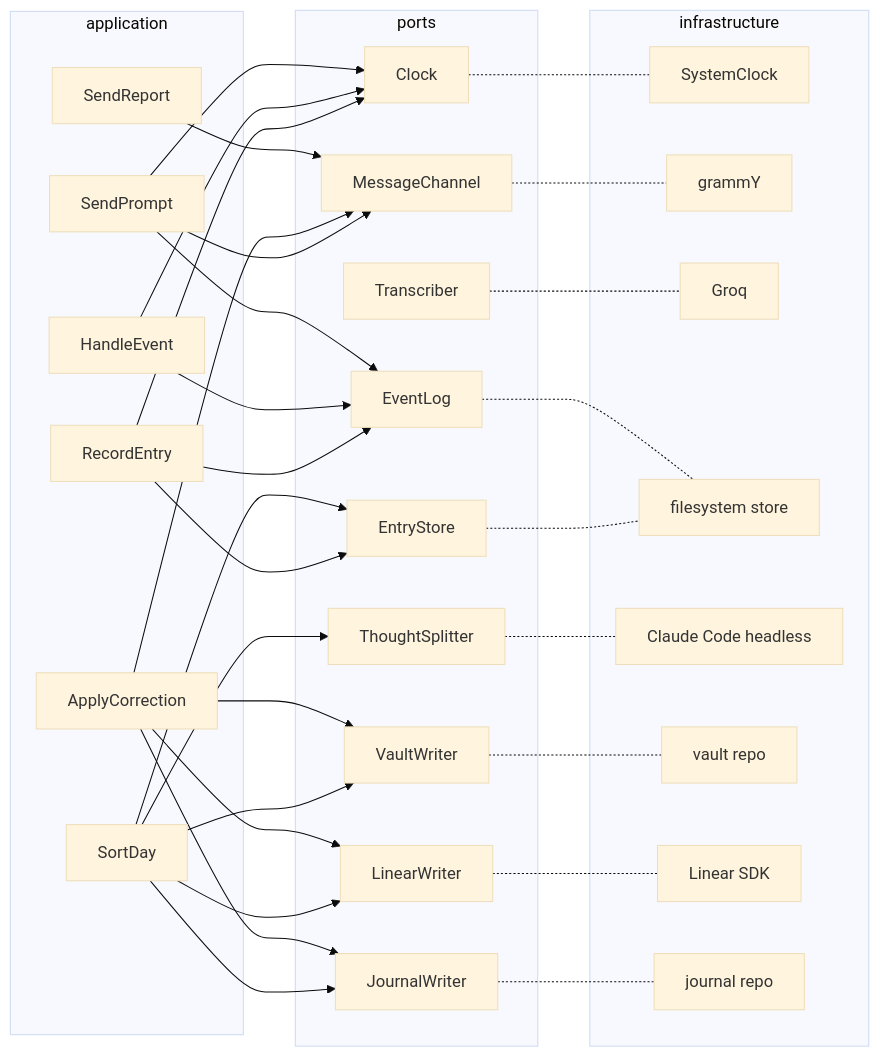
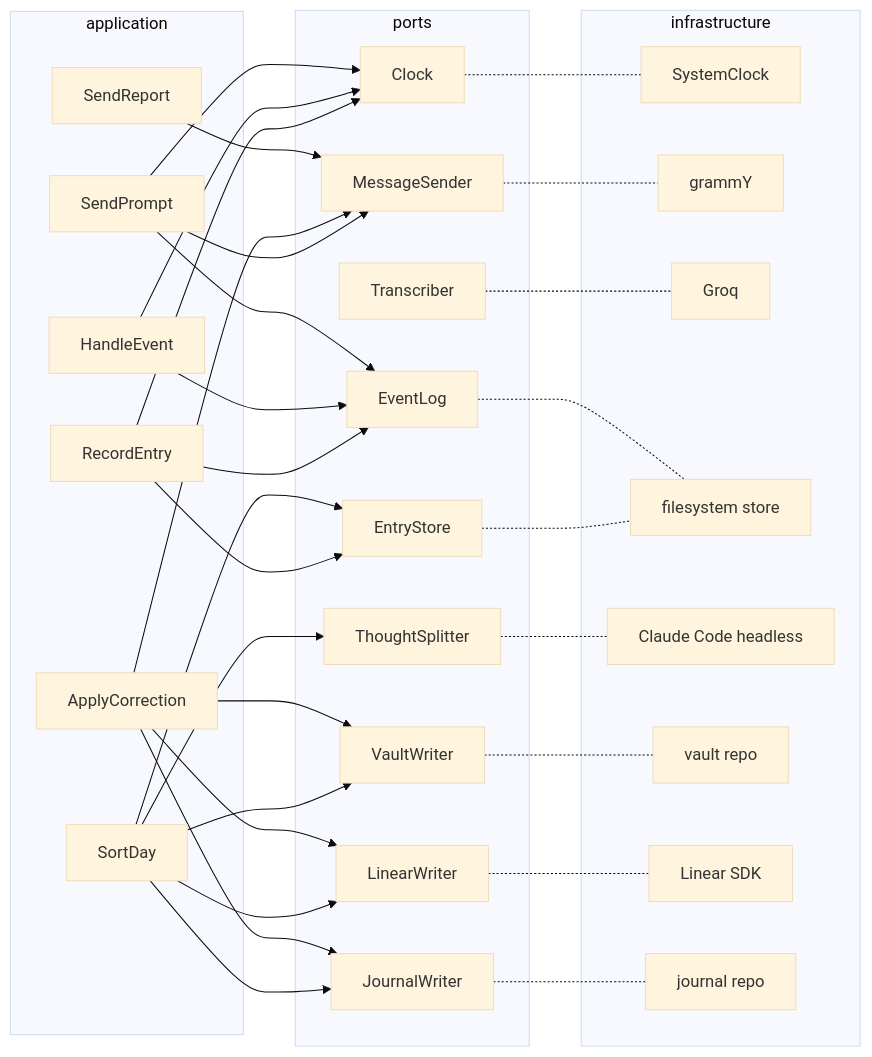
Before and after one commit to lyeyixian/journal-inbox: the second of 4 diagrams in docs/ARCHITECTURE.md, drawn with Mermaid (base theme). The commit also changed other lines of this file and 13 other files, not shown here.

````diff
--- a/docs/ARCHITECTURE.md
+++ b/docs/ARCHITECTURE.md
@@ -28,47 +28,47 @@
 ```mermaid
 flowchart LR
   subgraph application
     RE[RecordEntry]
     HE[HandleEvent]
     SP[SendPrompt]
     SD[SortDay]
     AC[ApplyCorrection]
     SR[SendReport]
   end
   subgraph ports
     Clock
-    MessageChannel
+    MessageSender
     Transcriber
     EntryStore
     EventLog
     ThoughtSplitter
     VaultWriter
     LinearWriter
     JournalWriter
   end
   subgraph infrastructure
     SystemClock
     grammY
     Groq
     FS[filesystem store]
     Claude[Claude Code headless]
     Vault[vault repo]
     Linear[Linear SDK]
     Journal[journal repo]
   end
   RE --> EntryStore & EventLog & Clock
   HE --> EventLog & Clock
-  SP --> MessageChannel & EventLog & Clock
+  SP --> MessageSender & EventLog & Clock
   SD --> EntryStore & ThoughtSplitter & VaultWriter & LinearWriter & JournalWriter
-  AC --> MessageChannel & VaultWriter & LinearWriter & JournalWriter
-  SR --> MessageChannel
+  AC --> MessageSender & VaultWriter & LinearWriter & JournalWriter
+  SR --> MessageSender
   Clock -.- SystemClock
-  MessageChannel -.- grammY
+  MessageSender -.- grammY
   Transcriber -.- Groq
   EntryStore -.- FS
   EventLog -.- FS
   ThoughtSplitter -.- Claude
   VaultWriter -.- Vault
   LinearWriter -.- Linear
   JournalWriter -.- Journal
 ```
````
